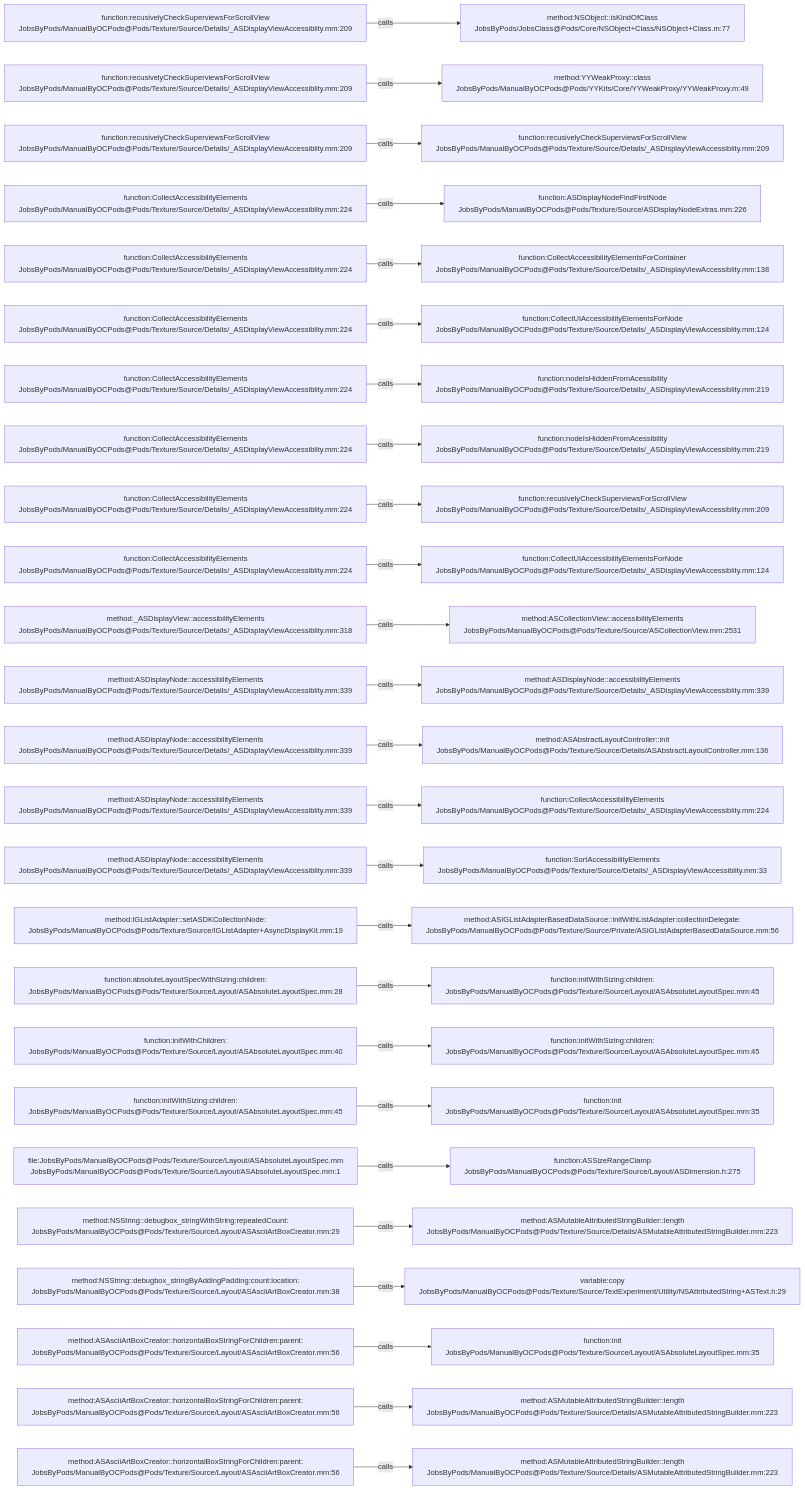
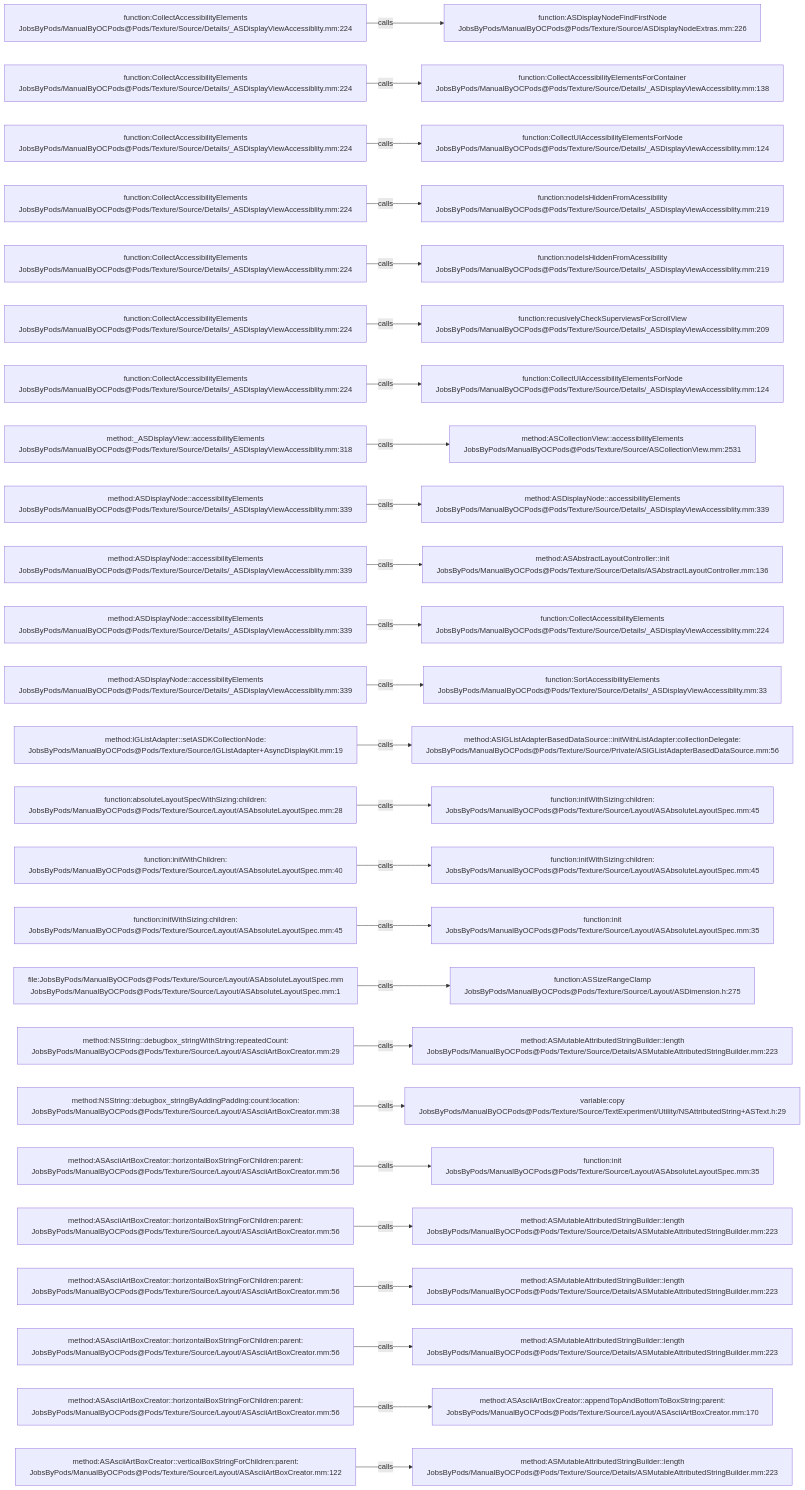
Before and after one commit to JobsKits/JobsOCBaseConfigDemo: the diagram in .codegraph/codegraph.md/graphs/calls-176.md, drawn with Mermaid. The commit also changed 342 other files, not shown here.

````diff
--- a/.codegraph/codegraph.md/graphs/calls-176.md
+++ b/.codegraph/codegraph.md/graphs/calls-176.md
@@ -13,78 +13,78 @@
 ```mermaid
 flowchart LR
-  S1["function:recusivelyCheckSuperviewsForScrollView<br/>JobsByPods/ManualByOCPods@Pods/Texture/Source/Details/_ASDisplayViewAccessiblity.mm:209"]
-  T1["method:NSObject::isKindOfClass<br/>JobsByPods/JobsClass@Pods/Core/NSObject+Class/NSObject+Class.m:77"]
+  S1["function:CollectAccessibilityElements<br/>JobsByPods/ManualByOCPods@Pods/Texture/Source/Details/_ASDisplayViewAccessiblity.mm:224"]
+  T1["function:ASDisplayNodeFindFirstNode<br/>JobsByPods/ManualByOCPods@Pods/Texture/Source/ASDisplayNodeExtras.mm:226"]
   S1 -->|calls| T1
-  S2["function:recusivelyCheckSuperviewsForScrollView<br/>JobsByPods/ManualByOCPods@Pods/Texture/Source/Details/_ASDisplayViewAccessiblity.mm:209"]
-  T2["method:YYWeakProxy::class<br/>JobsByPods/ManualByOCPods@Pods/YYKits/Core/YYWeakProxy/YYWeakProxy.m:49"]
+  S2["function:CollectAccessibilityElements<br/>JobsByPods/ManualByOCPods@Pods/Texture/Source/Details/_ASDisplayViewAccessiblity.mm:224"]
+  T2["function:CollectAccessibilityElementsForContainer<br/>JobsByPods/ManualByOCPods@Pods/Texture/Source/Details/_ASDisplayViewAccessiblity.mm:138"]
   S2 -->|calls| T2
-  S3["function:recusivelyCheckSuperviewsForScrollView<br/>JobsByPods/ManualByOCPods@Pods/Texture/Source/Details/_ASDisplayViewAccessiblity.mm:209"]
-  T3["function:recusivelyCheckSuperviewsForScrollView<br/>JobsByPods/ManualByOCPods@Pods/Texture/Source/Details/_ASDisplayViewAccessiblity.mm:209"]
+  S3["function:CollectAccessibilityElements<br/>JobsByPods/ManualByOCPods@Pods/Texture/Source/Details/_ASDisplayViewAccessiblity.mm:224"]
+  T3["function:CollectUIAccessibilityElementsForNode<br/>JobsByPods/ManualByOCPods@Pods/Texture/Source/Details/_ASDisplayViewAccessiblity.mm:124"]
   S3 -->|calls| T3
   S4["function:CollectAccessibilityElements<br/>JobsByPods/ManualByOCPods@Pods/Texture/Source/Details/_ASDisplayViewAccessiblity.mm:224"]
-  T4["function:ASDisplayNodeFindFirstNode<br/>JobsByPods/ManualByOCPods@Pods/Texture/Source/ASDisplayNodeExtras.mm:226"]
+  T4["function:nodeIsHiddenFromAcessibility<br/>JobsByPods/ManualByOCPods@Pods/Texture/Source/Details/_ASDisplayViewAccessiblity.mm:219"]
   S4 -->|calls| T4
   S5["function:CollectAccessibilityElements<br/>JobsByPods/ManualByOCPods@Pods/Texture/Source/Details/_ASDisplayViewAccessiblity.mm:224"]
-  T5["function:CollectAccessibilityElementsForContainer<br/>JobsByPods/ManualByOCPods@Pods/Texture/Source/Details/_ASDisplayViewAccessiblity.mm:138"]
+  T5["function:nodeIsHiddenFromAcessibility<br/>JobsByPods/ManualByOCPods@Pods/Texture/Source/Details/_ASDisplayViewAccessiblity.mm:219"]
   S5 -->|calls| T5
   S6["function:CollectAccessibilityElements<br/>JobsByPods/ManualByOCPods@Pods/Texture/Source/Details/_ASDisplayViewAccessiblity.mm:224"]
-  T6["function:CollectUIAccessibilityElementsForNode<br/>JobsByPods/ManualByOCPods@Pods/Texture/Source/Details/_ASDisplayViewAccessiblity.mm:124"]
+  T6["function:recusivelyCheckSuperviewsForScrollView<br/>JobsByPods/ManualByOCPods@Pods/Texture/Source/Details/_ASDisplayViewAccessiblity.mm:209"]
   S6 -->|calls| T6
   S7["function:CollectAccessibilityElements<br/>JobsByPods/ManualByOCPods@Pods/Texture/Source/Details/_ASDisplayViewAccessiblity.mm:224"]
-  T7["function:nodeIsHiddenFromAcessibility<br/>JobsByPods/ManualByOCPods@Pods/Texture/Source/Details/_ASDisplayViewAccessiblity.mm:219"]
+  T7["function:CollectUIAccessibilityElementsForNode<br/>JobsByPods/ManualByOCPods@Pods/Texture/Source/Details/_ASDisplayViewAccessiblity.mm:124"]
   S7 -->|calls| T7
-  S8["function:CollectAccessibilityElements<br/>JobsByPods/ManualByOCPods@Pods/Texture/Source/Details/_ASDisplayViewAccessiblity.mm:224"]
-  T8["function:nodeIsHiddenFromAcessibility<br/>JobsByPods/ManualByOCPods@Pods/Texture/Source/Details/_ASDisplayViewAccessiblity.mm:219"]
+  S8["method:_ASDisplayView::accessibilityElements<br/>JobsByPods/ManualByOCPods@Pods/Texture/Source/Details/_ASDisplayViewAccessiblity.mm:318"]
+  T8["method:ASCollectionView::accessibilityElements<br/>JobsByPods/ManualByOCPods@Pods/Texture/Source/ASCollectionView.mm:2531"]
   S8 -->|calls| T8
-  S9["function:CollectAccessibilityElements<br/>JobsByPods/ManualByOCPods@Pods/Texture/Source/Details/_ASDisplayViewAccessiblity.mm:224"]
-  T9["function:recusivelyCheckSuperviewsForScrollView<br/>JobsByPods/ManualByOCPods@Pods/Texture/Source/Details/_ASDisplayViewAccessiblity.mm:209"]
+  S9["method:ASDisplayNode::accessibilityElements<br/>JobsByPods/ManualByOCPods@Pods/Texture/Source/Details/_ASDisplayViewAccessiblity.mm:339"]
+  T9["method:ASDisplayNode::accessibilityElements<br/>JobsByPods/ManualByOCPods@Pods/Texture/Source/Details/_ASDisplayViewAccessiblity.mm:339"]
   S9 -->|calls| T9
-  S10["function:CollectAccessibilityElements<br/>JobsByPods/ManualByOCPods@Pods/Texture/Source/Details/_ASDisplayViewAccessiblity.mm:224"]
-  T10["function:CollectUIAccessibilityElementsForNode<br/>JobsByPods/ManualByOCPods@Pods/Texture/Source/Details/_ASDisplayViewAccessiblity.mm:124"]
+  S10["method:ASDisplayNode::accessibilityElements<br/>JobsByPods/ManualByOCPods@Pods/Texture/Source/Details/_ASDisplayViewAccessiblity.mm:339"]
+  T10["method:ASAbstractLayoutController::init<br/>JobsByPods/ManualByOCPods@Pods/Texture/Source/Details/ASAbstractLayoutController.mm:136"]
   S10 -->|calls| T10
-  S11["method:_ASDisplayView::accessibilityElements<br/>JobsByPods/ManualByOCPods@Pods/Texture/Source/Details/_ASDisplayViewAccessiblity.mm:318"]
-  T11["method:ASCollectionView::accessibilityElements<br/>JobsByPods/ManualByOCPods@Pods/Texture/Source/ASCollectionView.mm:2531"]
+  S11["method:ASDisplayNode::accessibilityElements<br/>JobsByPods/ManualByOCPods@Pods/Texture/Source/Details/_ASDisplayViewAccessiblity.mm:339"]
+  T11["function:CollectAccessibilityElements<br/>JobsByPods/ManualByOCPods@Pods/Texture/Source/Details/_ASDisplayViewAccessiblity.mm:224"]
   S11 -->|calls| T11
   S12["method:ASDisplayNode::accessibilityElements<br/>JobsByPods/ManualByOCPods@Pods/Texture/Source/Details/_ASDisplayViewAccessiblity.mm:339"]
-  T12["method:ASDisplayNode::accessibilityElements<br/>JobsByPods/ManualByOCPods@Pods/Texture/Source/Details/_ASDisplayViewAccessiblity.mm:339"]
+  T12["function:SortAccessibilityElements<br/>JobsByPods/ManualByOCPods@Pods/Texture/Source/Details/_ASDisplayViewAccessiblity.mm:33"]
   S12 -->|calls| T12
-  S13["method:ASDisplayNode::accessibilityElements<br/>JobsByPods/ManualByOCPods@Pods/Texture/Source/Details/_ASDisplayViewAccessiblity.mm:339"]
-  T13["method:ASAbstractLayoutController::init<br/>JobsByPods/ManualByOCPods@Pods/Texture/Source/Details/ASAbstractLayoutController.mm:136"]
+  S13["method:IGListAdapter::setASDKCollectionNode:<br/>JobsByPods/ManualByOCPods@Pods/Texture/Source/IGListAdapter+AsyncDisplayKit.mm:19"]
+  T13["method:ASIGListAdapterBasedDataSource::initWithListAdapter:collectionDelegate:<br/>JobsByPods/ManualByOCPods@Pods/Texture/Source/Private/ASIGListAdapterBasedDataSource.mm:56"]
   S13 -->|calls| T13
-  S14["method:ASDisplayNode::accessibilityElements<br/>JobsByPods/ManualByOCPods@Pods/Texture/Source/Details/_ASDisplayViewAccessiblity.mm:339"]
-  T14["function:CollectAccessibilityElements<br/>JobsByPods/ManualByOCPods@Pods/Texture/Source/Details/_ASDisplayViewAccessiblity.mm:224"]
+  S14["function:absoluteLayoutSpecWithSizing:children:<br/>JobsByPods/ManualByOCPods@Pods/Texture/Source/Layout/ASAbsoluteLayoutSpec.mm:28"]
+  T14["function:initWithSizing:children:<br/>JobsByPods/ManualByOCPods@Pods/Texture/Source/Layout/ASAbsoluteLayoutSpec.mm:45"]
   S14 -->|calls| T14
-  S15["method:ASDisplayNode::accessibilityElements<br/>JobsByPods/ManualByOCPods@Pods/Texture/Source/Details/_ASDisplayViewAccessiblity.mm:339"]
-  T15["function:SortAccessibilityElements<br/>JobsByPods/ManualByOCPods@Pods/Texture/Source/Details/_ASDisplayViewAccessiblity.mm:33"]
+  S15["function:initWithChildren:<br/>JobsByPods/ManualByOCPods@Pods/Texture/Source/Layout/ASAbsoluteLayoutSpec.mm:40"]
+  T15["function:initWithSizing:children:<br/>JobsByPods/ManualByOCPods@Pods/Texture/Source/Layout/ASAbsoluteLayoutSpec.mm:45"]
   S15 -->|calls| T15
-  S16["method:IGListAdapter::setASDKCollectionNode:<br/>JobsByPods/ManualByOCPods@Pods/Texture/Source/IGListAdapter+AsyncDisplayKit.mm:19"]
-  T16["method:ASIGListAdapterBasedDataSource::initWithListAdapter:collectionDelegate:<br/>JobsByPods/ManualByOCPods@Pods/Texture/Source/Private/ASIGListAdapterBasedDataSource.mm:56"]
+  S16["function:initWithSizing:children:<br/>JobsByPods/ManualByOCPods@Pods/Texture/Source/Layout/ASAbsoluteLayoutSpec.mm:45"]
+  T16["function:init<br/>JobsByPods/ManualByOCPods@Pods/Texture/Source/Layout/ASAbsoluteLayoutSpec.mm:35"]
   S16 -->|calls| T16
-  S17["function:absoluteLayoutSpecWithSizing:children:<br/>JobsByPods/ManualByOCPods@Pods/Texture/Source/Layout/ASAbsoluteLayoutSpec.mm:28"]
-  T17["function:initWithSizing:children:<br/>JobsByPods/ManualByOCPods@Pods/Texture/Source/Layout/ASAbsoluteLayoutSpec.mm:45"]
+  S17["file:JobsByPods/ManualByOCPods@Pods/Texture/Source/Layout/ASAbsoluteLayoutSpec.mm<br/>JobsByPods/ManualByOCPods@Pods/Texture/Source/Layout/ASAbsoluteLayoutSpec.mm:1"]
+  T17["function:ASSizeRangeClamp<br/>JobsByPods/ManualByOCPods@Pods/Texture/Source/Layout/ASDimension.h:275"]
   S17 -->|calls| T17
-  S18["function:initWithChildren:<br/>JobsByPods/ManualByOCPods@Pods/Texture/Source/Layout/ASAbsoluteLayoutSpec.mm:40"]
-  T18["function:initWithSizing:children:<br/>JobsByPods/ManualByOCPods@Pods/Texture/Source/Layout/ASAbsoluteLayoutSpec.mm:45"]
+  S18["method:NSString::debugbox_stringWithString:repeatedCount:<br/>JobsByPods/ManualByOCPods@Pods/Texture/Source/Layout/ASAsciiArtBoxCreator.mm:29"]
+  T18["method:ASMutableAttributedStringBuilder::length<br/>JobsByPods/ManualByOCPods@Pods/Texture/Source/Details/ASMutableAttributedStringBuilder.mm:223"]
   S18 -->|calls| T18
-  S19["function:initWithSizing:children:<br/>JobsByPods/ManualByOCPods@Pods/Texture/Source/Layout/ASAbsoluteLayoutSpec.mm:45"]
-  T19["function:init<br/>JobsByPods/ManualByOCPods@Pods/Texture/Source/Layout/ASAbsoluteLayoutSpec.mm:35"]
+  S19["method:NSString::debugbox_stringByAddingPadding:count:location:<br/>JobsByPods/ManualByOCPods@Pods/Texture/Source/Layout/ASAsciiArtBoxCreator.mm:38"]
+  T19["variable:copy<br/>JobsByPods/ManualByOCPods@Pods/Texture/Source/TextExperiment/Utility/NSAttributedString+ASText.h:29"]
   S19 -->|calls| T19
-  S20["file:JobsByPods/ManualByOCPods@Pods/Texture/Source/Layout/ASAbsoluteLayoutSpec.mm<br/>JobsByPods/ManualByOCPods@Pods/Texture/Source/Layout/ASAbsoluteLayoutSpec.mm:1"]
-  T20["function:ASSizeRangeClamp<br/>JobsByPods/ManualByOCPods@Pods/Texture/Source/Layout/ASDimension.h:275"]
+  S20["method:ASAsciiArtBoxCreator::horizontalBoxStringForChildren:parent:<br/>JobsByPods/ManualByOCPods@Pods/Texture/Source/Layout/ASAsciiArtBoxCreator.mm:56"]
+  T20["function:init<br/>JobsByPods/ManualByOCPods@Pods/Texture/Source/Layout/ASAbsoluteLayoutSpec.mm:35"]
   S20 -->|calls| T20
-  S21["method:NSString::debugbox_stringWithString:repeatedCount:<br/>JobsByPods/ManualByOCPods@Pods/Texture/Source/Layout/ASAsciiArtBoxCreator.mm:29"]
+  S21["method:ASAsciiArtBoxCreator::horizontalBoxStringForChildren:parent:<br/>JobsByPods/ManualByOCPods@Pods/Texture/Source/Layout/ASAsciiArtBoxCreator.mm:56"]
   T21["method:ASMutableAttributedStringBuilder::length<br/>JobsByPods/ManualByOCPods@Pods/Texture/Source/Details/ASMutableAttributedStringBuilder.mm:223"]
   S21 -->|calls| T21
-  S22["method:NSString::debugbox_stringByAddingPadding:count:location:<br/>JobsByPods/ManualByOCPods@Pods/Texture/Source/Layout/ASAsciiArtBoxCreator.mm:38"]
-  T22["variable:copy<br/>JobsByPods/ManualByOCPods@Pods/Texture/Source/TextExperiment/Utility/NSAttributedString+ASText.h:29"]
+  S22["method:ASAsciiArtBoxCreator::horizontalBoxStringForChildren:parent:<br/>JobsByPods/ManualByOCPods@Pods/Texture/Source/Layout/ASAsciiArtBoxCreator.mm:56"]
+  T22["method:ASMutableAttributedStringBuilder::length<br/>JobsByPods/ManualByOCPods@Pods/Texture/Source/Details/ASMutableAttributedStringBuilder.mm:223"]
   S22 -->|calls| T22
   S23["method:ASAsciiArtBoxCreator::horizontalBoxStringForChildren:parent:<br/>JobsByPods/ManualByOCPods@Pods/Texture/Source/Layout/ASAsciiArtBoxCreator.mm:56"]
-  T23["function:init<br/>JobsByPods/ManualByOCPods@Pods/Texture/Source/Layout/ASAbsoluteLayoutSpec.mm:35"]
+  T23["method:ASMutableAttributedStringBuilder::length<br/>JobsByPods/ManualByOCPods@Pods/Texture/Source/Details/ASMutableAttributedStringBuilder.mm:223"]
   S23 -->|calls| T23
   S24["method:ASAsciiArtBoxCreator::horizontalBoxStringForChildren:parent:<br/>JobsByPods/ManualByOCPods@Pods/Texture/Source/Layout/ASAsciiArtBoxCreator.mm:56"]
-  T24["method:ASMutableAttributedStringBuilder::length<br/>JobsByPods/ManualByOCPods@Pods/Texture/Source/Details/ASMutableAttributedStringBuilder.mm:223"]
+  T24["method:ASAsciiArtBoxCreator::appendTopAndBottomToBoxString:parent:<br/>JobsByPods/ManualByOCPods@Pods/Texture/Source/Layout/ASAsciiArtBoxCreator.mm:170"]
   S24 -->|calls| T24
-  S25["method:ASAsciiArtBoxCreator::horizontalBoxStringForChildren:parent:<br/>JobsByPods/ManualByOCPods@Pods/Texture/Source/Layout/ASAsciiArtBoxCreator.mm:56"]
+  S25["method:ASAsciiArtBoxCreator::verticalBoxStringForChildren:parent:<br/>JobsByPods/ManualByOCPods@Pods/Texture/Source/Layout/ASAsciiArtBoxCreator.mm:122"]
   T25["method:ASMutableAttributedStringBuilder::length<br/>JobsByPods/ManualByOCPods@Pods/Texture/Source/Details/ASMutableAttributedStringBuilder.mm:223"]
   S25 -->|calls| T25
 ```
````
